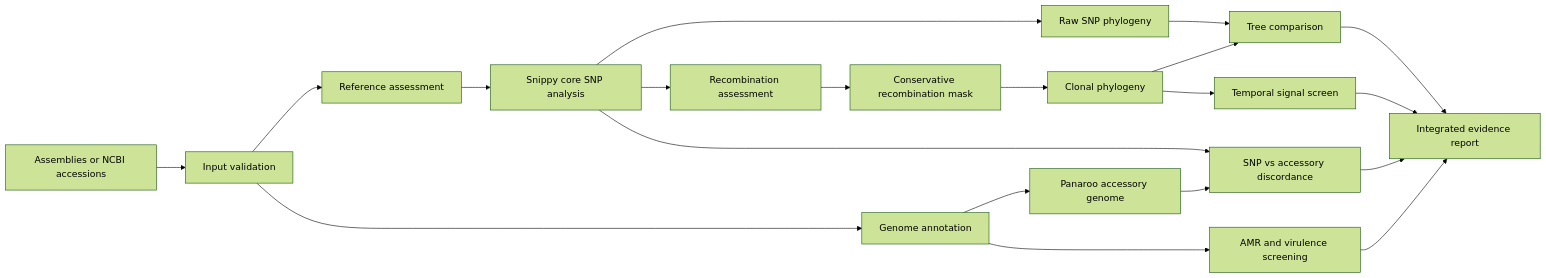
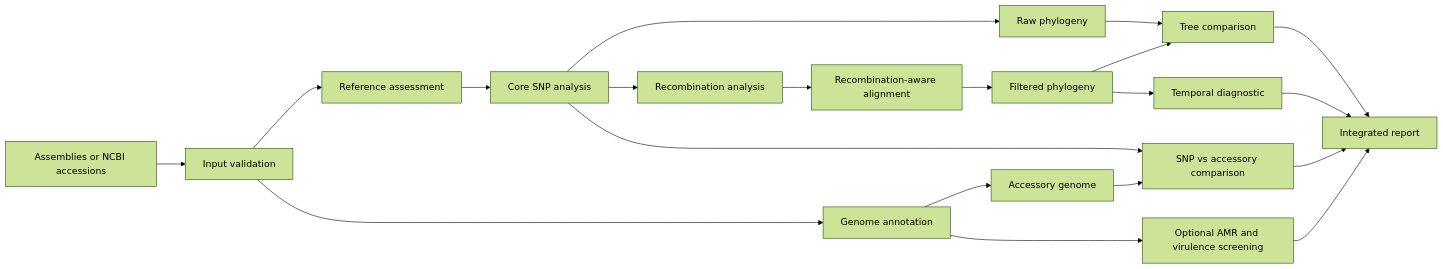
The diagram in README.md (mbilal-OU/PathogenPhyloFlow), drawn with Mermaid (forest theme) before and after one commit. The commit also changed other lines of this file and 9 other files, not shown here.

````diff
--- a/README.md
+++ b/README.md
@@ -15,26 +14,26 @@
 ```mermaid
 flowchart LR
     A[Assemblies or NCBI accessions] --> B[Input validation]
     B --> C[Reference assessment]
     B --> D[Genome annotation]
 
-    C --> E[Snippy core SNP analysis]
-    E --> F[Raw SNP phylogeny]
-    E --> G[Recombination assessment]
-    G --> H[Conservative recombination mask]
-    H --> I[Clonal phylogeny]
+    C --> E[Core SNP analysis]
+    E --> F[Raw phylogeny]
+    E --> G[Recombination analysis]
+    G --> H[Recombination-aware alignment]
+    H --> I[Filtered phylogeny]
 
-    D --> J[Panaroo accessory genome]
-    D --> K[AMR and virulence screening]
+    D --> J[Accessory genome]
+    D --> K[Optional AMR and virulence screening]
 
     F --> L[Tree comparison]
     I --> L
-    I --> M[Temporal signal screen]
-    J --> N[SNP vs accessory discordance]
+    I --> M[Temporal diagnostic]
+    J --> N[SNP vs accessory comparison]
     E --> N
 
-    K --> O[Integrated evidence report]
+    K --> O[Integrated report]
     L --> O
     M --> O
     N --> O
 ```
````
